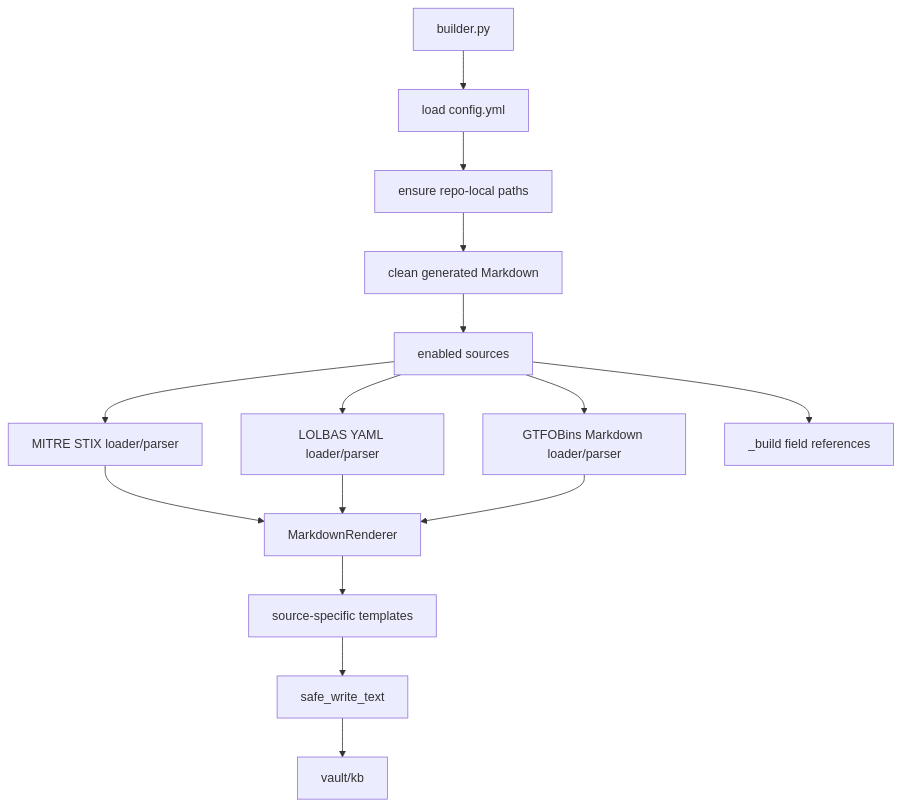
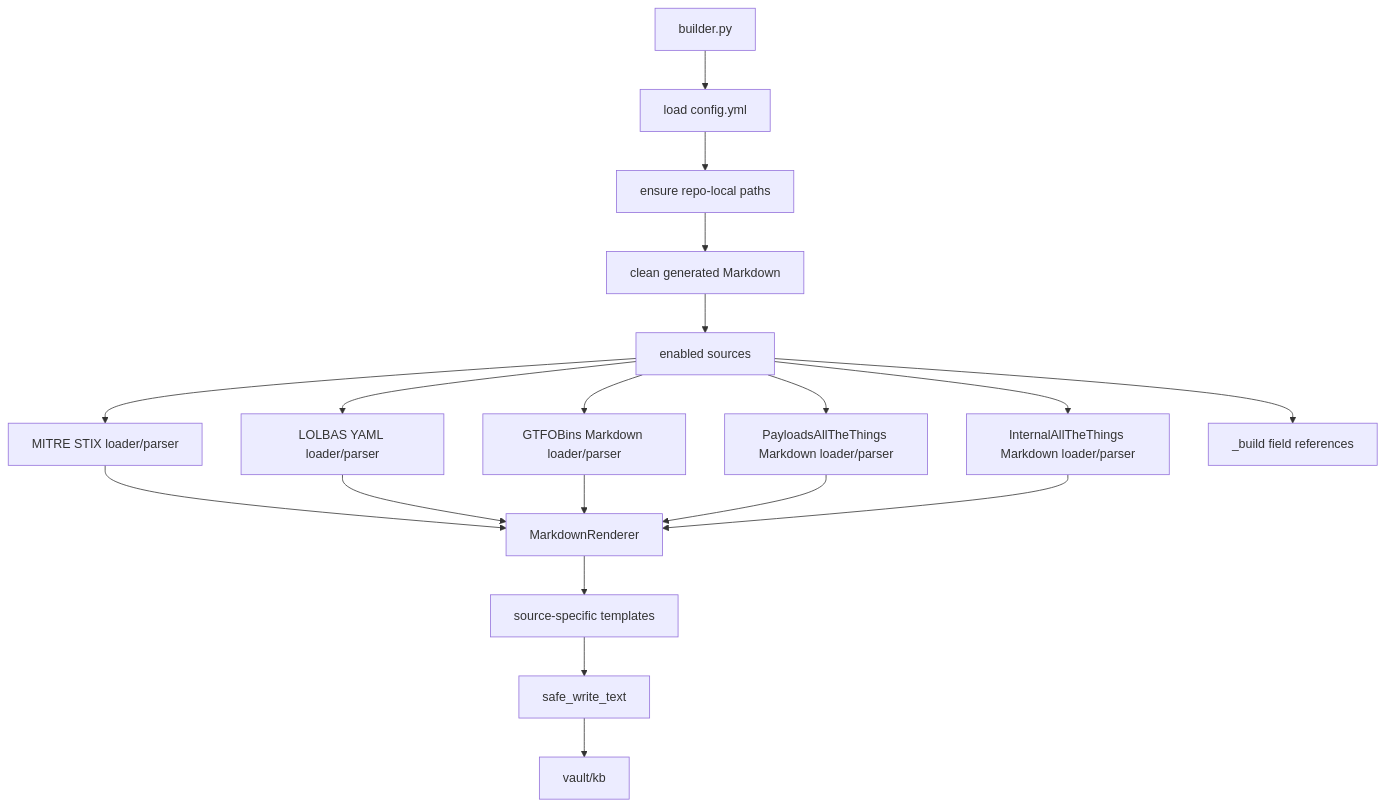
One commit to scorchederf/focuslocust changed the diagram in docs/architecture.md. Above: the diagram before and after it, drawn with Mermaid. The commit also changed other lines of this file and 21 other files, not shown here.

Commit message:
payloads and internal allthethings added, documenation updated

````diff
--- a/docs/architecture.md
+++ b/docs/architecture.md
@@ -5,17 +5,21 @@
 ```mermaid
 flowchart TD
     CLI[builder.py] --> Config[load config.yml]
     Config --> Paths[ensure repo-local paths]
     Paths --> Clean[clean generated Markdown]
     Clean --> Sources[enabled sources]
     Sources --> MITRE[MITRE STIX loader/parser]
     Sources --> LOLBAS[LOLBAS YAML loader/parser]
     Sources --> GTFOBins[GTFOBins Markdown loader/parser]
+    Sources --> PATT[PayloadsAllTheThings Markdown loader/parser]
+    Sources --> IATT[InternalAllTheThings Markdown loader/parser]
     MITRE --> Renderer[MarkdownRenderer]
     LOLBAS --> Renderer
     GTFOBins --> Renderer
+    PATT --> Renderer
+    IATT --> Renderer
     Renderer --> Templates[source-specific templates]
     Templates --> SafeWrite[safe_write_text]
     SafeWrite --> Vault[vault/kb]
     Sources --> BuildSummary[_build field references]
 ```
````
